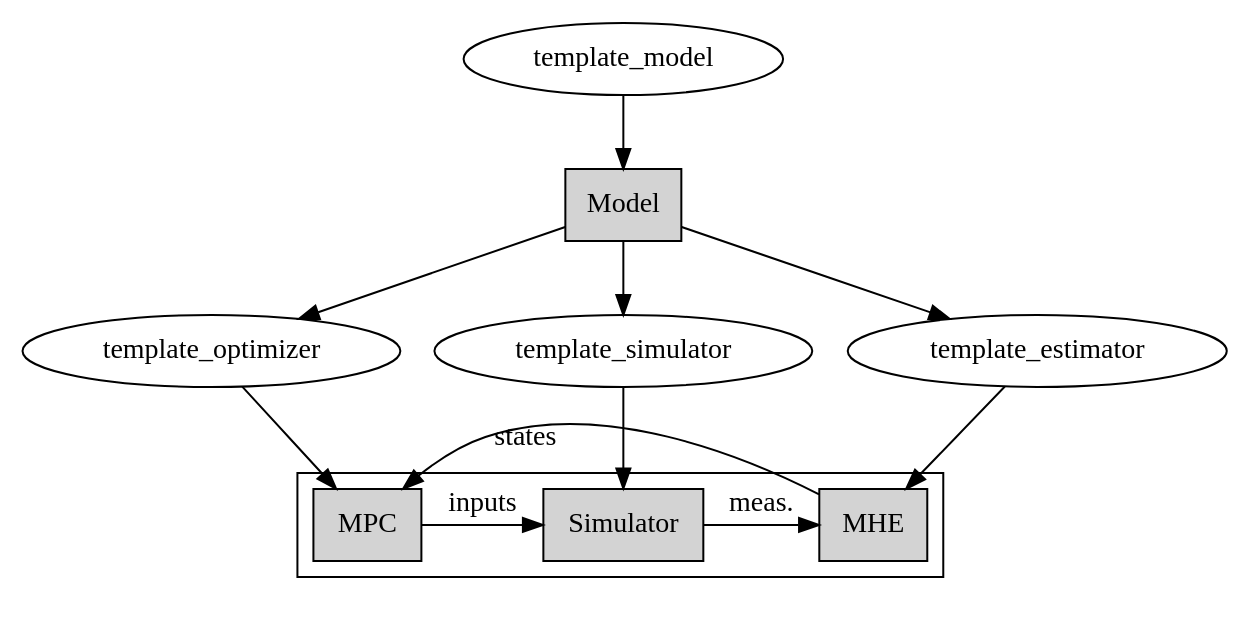
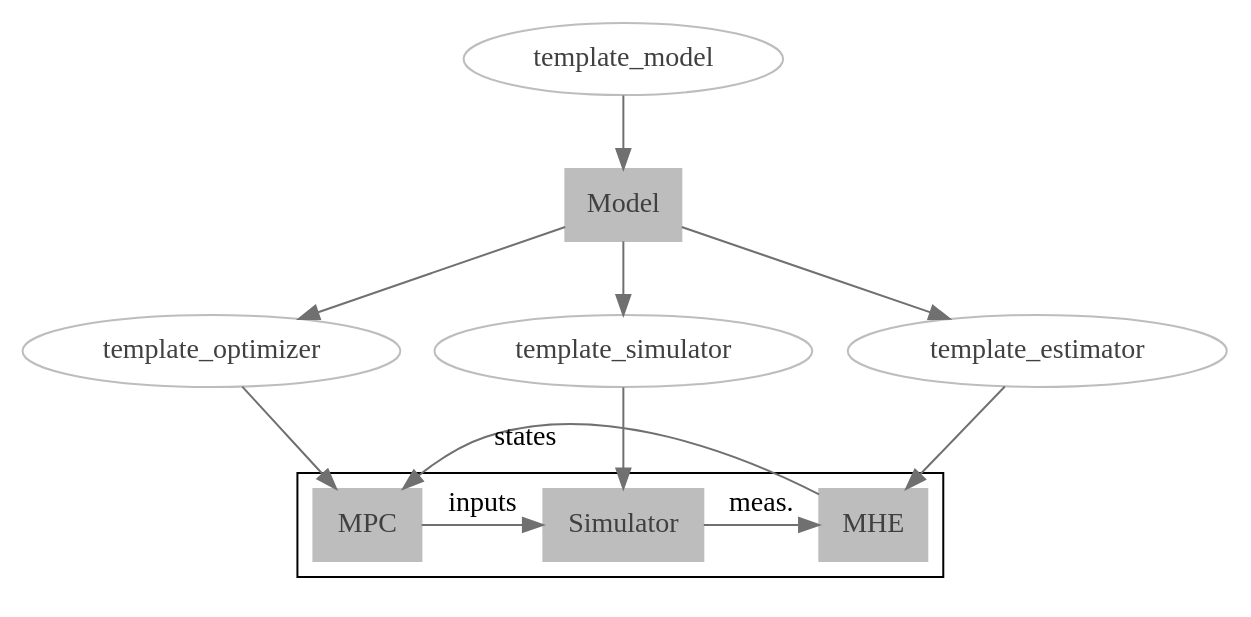
One commit to do-mpc/do-mpc changed the diagram in documentation/source/project_structure.rst. Above: the diagram before and after it, drawn with Graphviz. The commit also changed 5 other files, not shown here.

```diff
--- a/documentation/source/project_structure.rst
+++ b/documentation/source/project_structure.rst
@@ -15,28 +15,31 @@
 .. graphviz::
     :name: project_structure
     :caption: Project structure
     :align: center
 
     digraph G {
         graph [fontname = "Monaco"];
-        node [fontname = "Monaco"];
-        edge [fontname = "Monaco"];
+        node [fontname = "Monaco", fontcolor="#404040", color="#bdbdbd"];
+        edge [fontname = "Monaco", color="#707070"];
 
+        Model [label="Model", href="../do_mpc.html#do_mpc.model.Model", target="_top", shape=box, style=filled]
+        MPC [href="../do_mpc.html#do_mpc.controller.MPC", target="_top", shape=box, style=filled]
+        Simulator [href="../do_mpc.html#do_mpc.simulator.Simulator", target="_top", shape=box, style=filled]
+        MHE [href="../do_mpc.html#do_mpc.estimator.MHE", target="_top", shape=box, style=filled]
 
         template_model -> Model
         Model -> template_optimizer,template_simulator, template_estimator;
 
         Model [shape=box, style=filled]
 
         subgraph cluster_loop {{
-            node [style=filled, shape=box];
             rankdir=TB;
             rank=same;
             MPC -> Simulator [label="inputs"];
             Simulator -> MHE [label="meas."];
             MHE -> MPC [label="states"];
         }}
         template_optimizer -> MPC;
         template_simulator -> Simulator;
         template_estimator -> MHE;
     }
```
